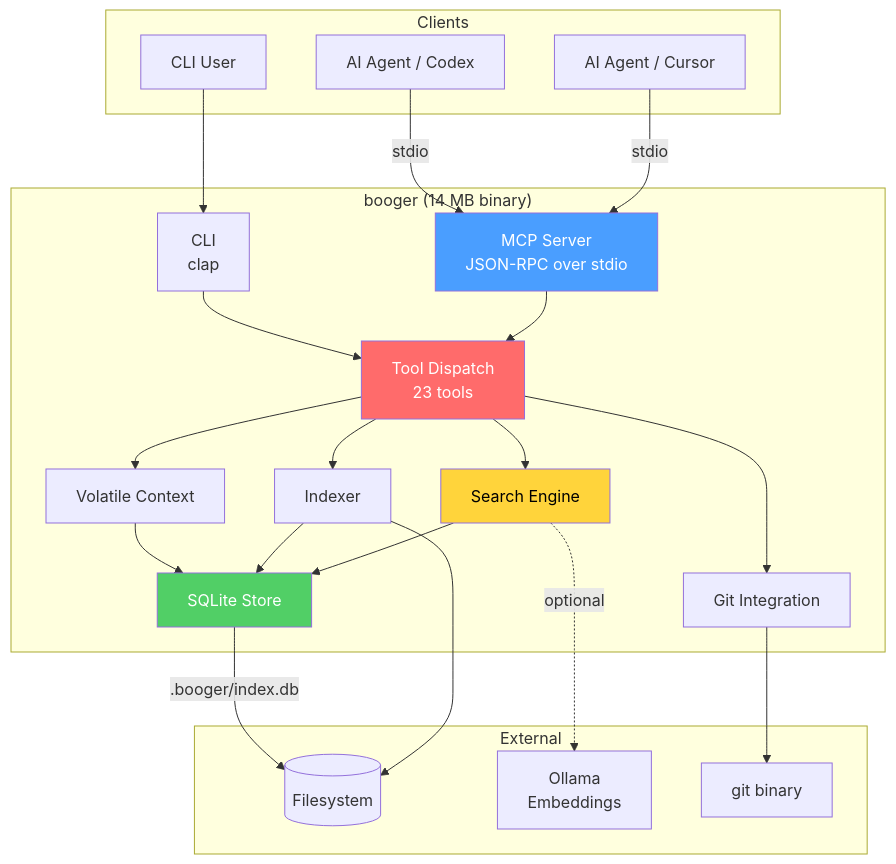
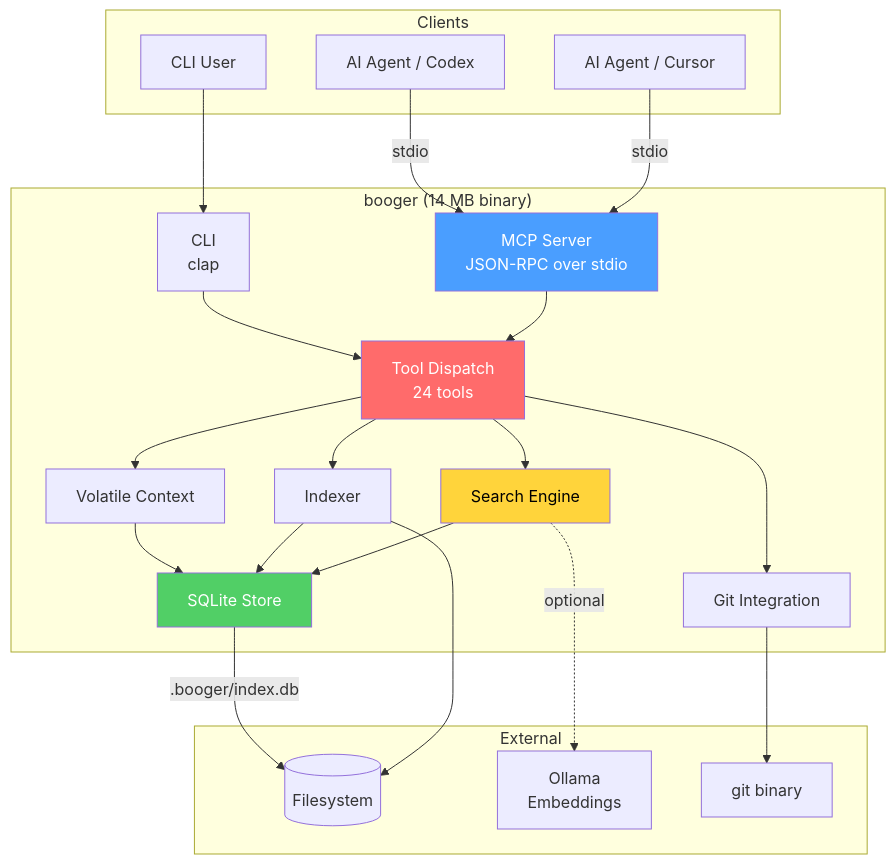
The first of 9 diagrams in doc/architecture.md (CryptArtificer/booger), drawn with Mermaid before and after one commit. The commit also changed 7 other files, not shown here.

````diff
--- a/doc/architecture.md
+++ b/doc/architecture.md
@@ -5,43 +5,43 @@
 ```mermaid
 graph TB
     subgraph Clients
         A1[AI Agent / Cursor]
         A2[AI Agent / Codex]
         A3[CLI User]
     end
 
     subgraph "booger (14 MB binary)"
         MCP["MCP Server<br/>JSON-RPC over stdio"]
         CLI["CLI<br/>clap"]
-        TOOLS["Tool Dispatch<br/>23 tools"]
+        TOOLS["Tool Dispatch<br/>24 tools"]
         SEARCH["Search Engine"]
         INDEX["Indexer"]
         CTX["Volatile Context"]
         GIT["Git Integration"]
         STORE["SQLite Store"]
     end
 
     subgraph External
         FS[(Filesystem)]
         OLLAMA[Ollama<br/>Embeddings]
         GITBIN[git binary]
     end
 
     A1 & A2 -->|stdio| MCP
     A3 --> CLI
     MCP --> TOOLS
     CLI --> TOOLS
     TOOLS --> SEARCH & INDEX & CTX & GIT
     SEARCH --> STORE
     INDEX --> FS
     INDEX --> STORE
     CTX --> STORE
     GIT --> GITBIN
     SEARCH -.->|optional| OLLAMA
     STORE -->|".booger/index.db"| FS
 
     style MCP fill:#4a9eff,color:#fff
     style TOOLS fill:#ff6b6b,color:#fff
     style STORE fill:#51cf66,color:#fff
     style SEARCH fill:#ffd43b,color:#000
 ```
````
